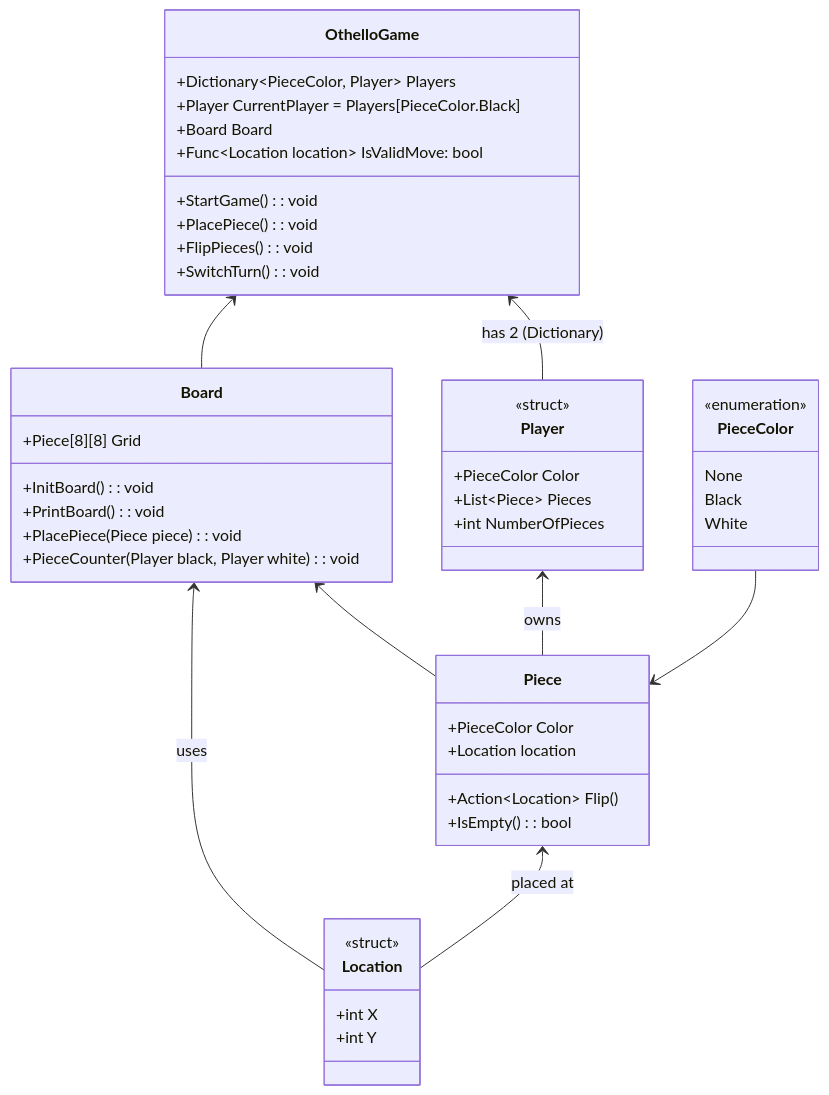
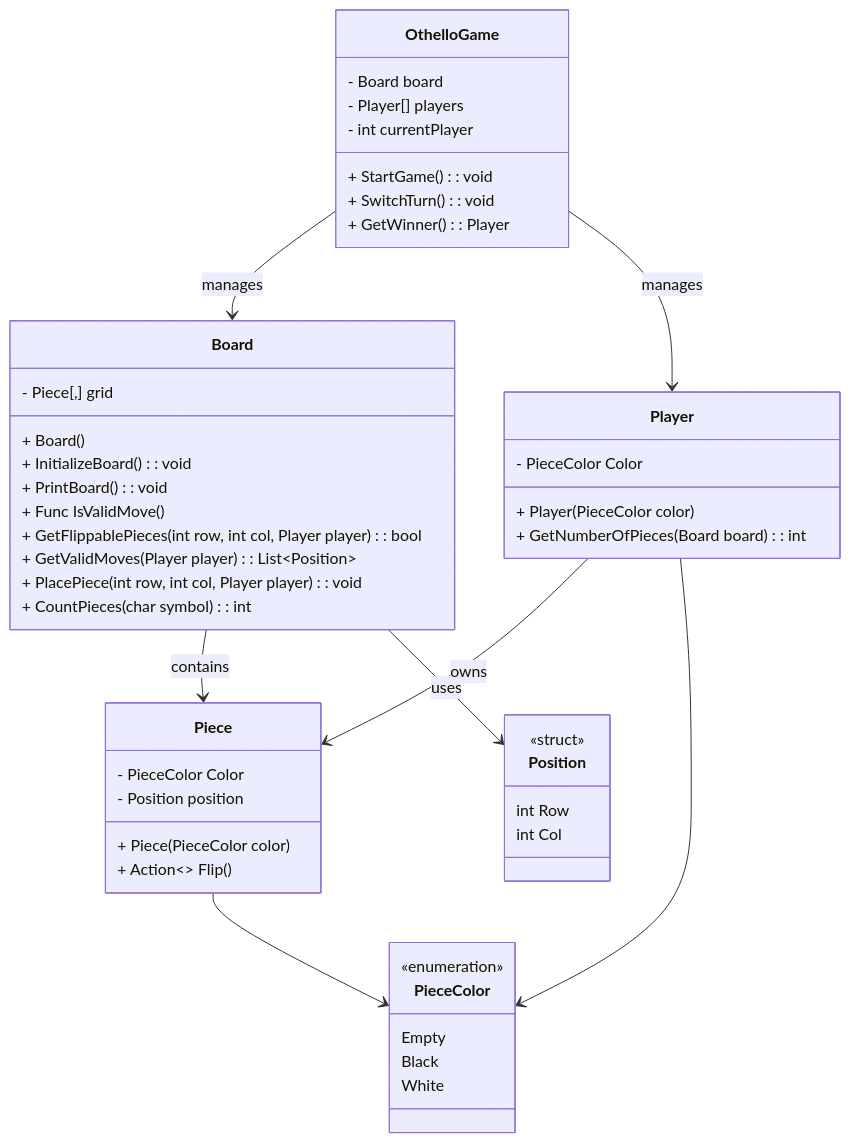
One commit to soniaagst/project-sonia changed the diagram in BoardGame/othelloworld.mmd. Above: the diagram before and after it, drawn with Mermaid.

Commit message:
updated othello class diagram

```diff
--- a/BoardGame/othelloworld.mmd
+++ b/BoardGame/othelloworld.mmd
@@ -1,88 +1,89 @@
 classDiagram
-    OthelloGame <-- Board
-    OthelloGame <-- Player: has 2 (Dictionary)
-    Board <-- Piece
-    Board <-- Location: uses
-    Player <-- Piece: owns
-    Piece <-- Location: placed at
-    PieceColor --> Piece
+    OthelloGame --> Board : manages
+    OthelloGame --> Player : manages
+    Board --> Piece : contains
+    Board --> Position : uses
+    Player --> Piece : owns
+    Player --> PieceColor
+    Piece --> PieceColor
 
     class OthelloGame {
-        +Dictionary~PieceColor, Player~ Players
-        +Player CurrentPlayer = Players[PieceColor.Black]
-        +Board Board
-        +StartGame(): void
-        +Func~Location location~ IsValidMove: bool
-        +PlacePiece(): void
-        +FlipPieces(): void
-        +SwitchTurn(): void
+        - Board board
+        - Player[] players
+        - int currentPlayer
+        + StartGame(): void
+        + SwitchTurn(): void
+        + GetWinner(): Player
     }
 
     class Board {
-        +Piece[8][8] Grid
-        +InitBoard(): void
-        +PrintBoard(): void
-        +PlacePiece(Piece piece): void
-        +PieceCounter(Player black, Player white): void
+        - Piece[,] grid
+        + Board()
+        + InitializeBoard(): void
+        + PrintBoard(): void
+        + Func IsValidMove<int, int, Player, bool> ()
+        + GetFlippablePieces(int row, int col, Player player): bool
+        + GetValidMoves(Player player): List~Position~
+        + PlacePiece(int row, int col, Player player): void
+        + CountPieces(char symbol): int
     }
 
     class Piece {
-        +PieceColor Color
-        +Location location
-        +Action~Location~ Flip()
-        +IsEmpty(): bool
+        - PieceColor Color
+        - Position position
+        + Piece(PieceColor color)
+        + Action<> Flip()
     }
 
     class Player {
-        <<struct>>
-        +PieceColor Color
-        +List~Piece~ Pieces
-        +int NumberOfPieces
+        - PieceColor Color
+        + Player(PieceColor color)
+        + GetNumberOfPieces(Board board): int
     }
 
-    class Location {
+    class Position {
         <<struct>>
-        +int X
-        +int Y
+        int Row
+        int Col
     }
 
     class PieceColor {
         <<enumeration>>
-        None
+        Empty
         Black
         White
     }
 
 
 %% Rules:
 
 %% 2 players (Black & White), on 8x8 board.
 
 %% Initial board: 4 pieces at the center.
 
 %% Black moves first.
 
 %% Black (White) place a black (white) piece on the board, 
 %% in such a way that there is at least one straight 
 %% (horizontal, vertical, or diagonal) occupied line 
 %% between the new piece and another black (white) piece, 
 %% with one or more contiguous white (black) pieces between them.
 
 %% After placing the piece, 
 %% Black (White) flips all white pieces lying on a straight line
 %% between the new piece and any existing black (white) pieces.
 
 %% All flipped pieces are now black (white).
 
 %% Players alternate taking turns.
 
 %% If a player does not have any valid moves,
 %% play passes back to the other player.
 
 %% When neither player can move, the game ends.
 
 %% A game of Othello may end before the board is completely filled.
 
 %% The player with the most pieces on the board at the end of the game wins.
 
 %% If both players have the same number of pieces, then the game is a draw.
```
